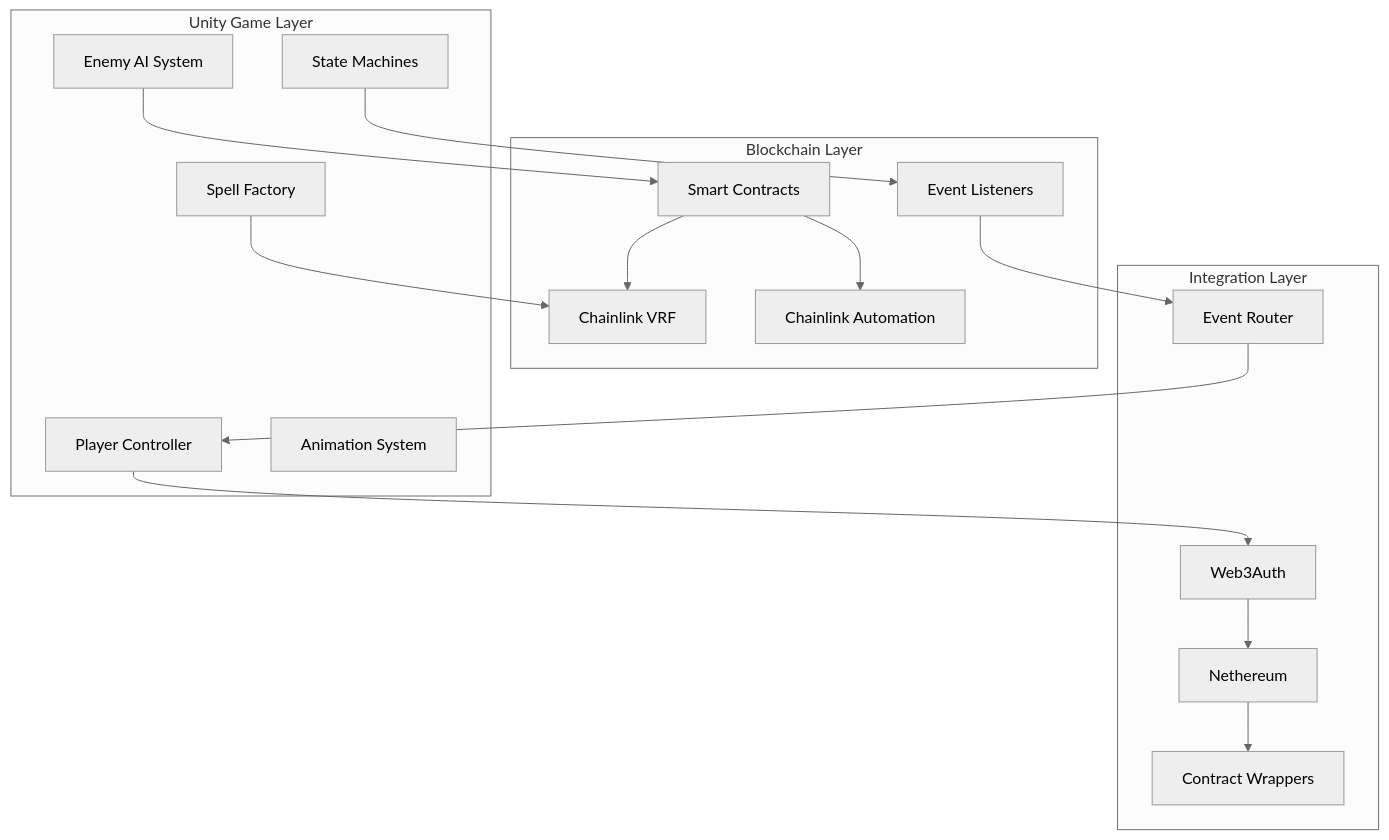
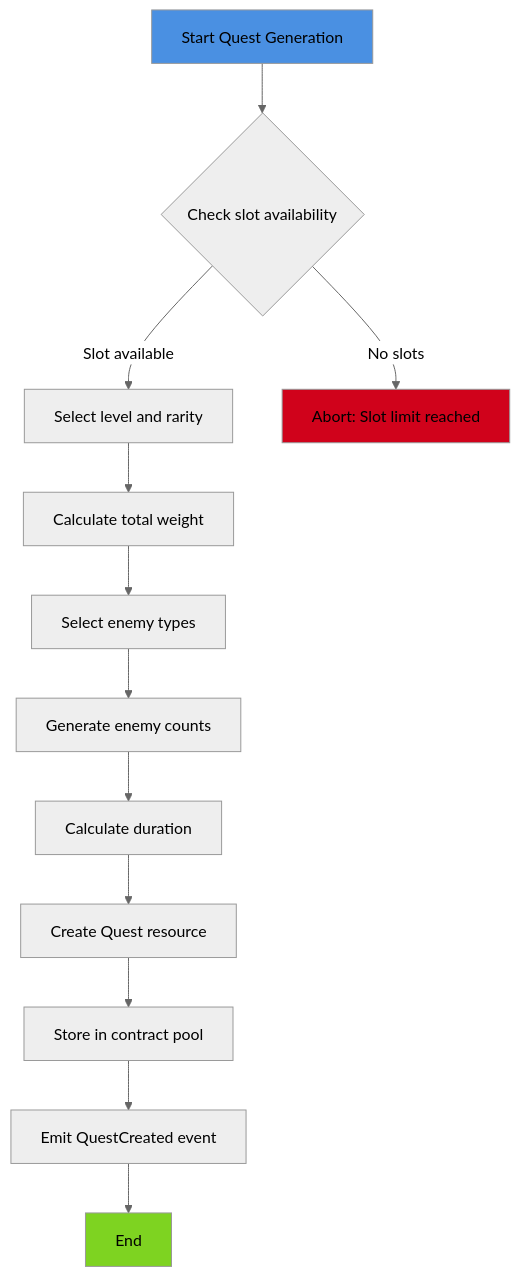
Before and after one commit to ArcaneStdio/Chains-Of-Eternity: the sixth of 23 diagrams in README.md, drawn with Mermaid (neutral theme). The commit also changed other lines of this file, not shown here.

````diff
--- a/README.md
+++ b/README.md
@@ -88,35 +371,20 @@
 ```mermaid
-graph TB
-    subgraph "Unity Game Layer"
-        A[Player Controller]
-        B[Enemy AI System]
-        C[Spell Factory]
-        D[State Machines]
-        E[Animation System]
-    end
+flowchart TD
+    A[Start Quest Generation] --> B{Check slot availability}
+    B -->|Slot available| C[Select level and rarity]
+    B -->|No slots| Z[Abort: Slot limit reached]
     
-    subgraph "Blockchain Layer"
-        F[Smart Contracts]
-        G[Chainlink VRF]
-        H[Chainlink Automation]
-        I[Event Listeners]
-    end
+    C --> D[Calculate total weight]
+    D --> E[Select enemy types]
+    E --> F[Generate enemy counts]
     
-    subgraph "Integration Layer"
-        J[Web3Auth]
-        K[Nethereum]
-        L[Contract Wrappers]
-        M[Event Router]
-    end
+    F --> G[Calculate duration]
+    G --> H[Create Quest resource]
+    H --> I[Store in contract pool]
+    I --> J[Emit QuestCreated event]
+    J --> K[End]
     
-    A --> J
-    B --> F
-    C --> G
-    D --> I
-    F --> G
-    F --> H
-    J --> K
-    K --> L
-    I --> M
-    M --> A
+    style A fill:#4A90E2
+    style K fill:#7ED321
+    style Z fill:#D0021B
 ```
````
